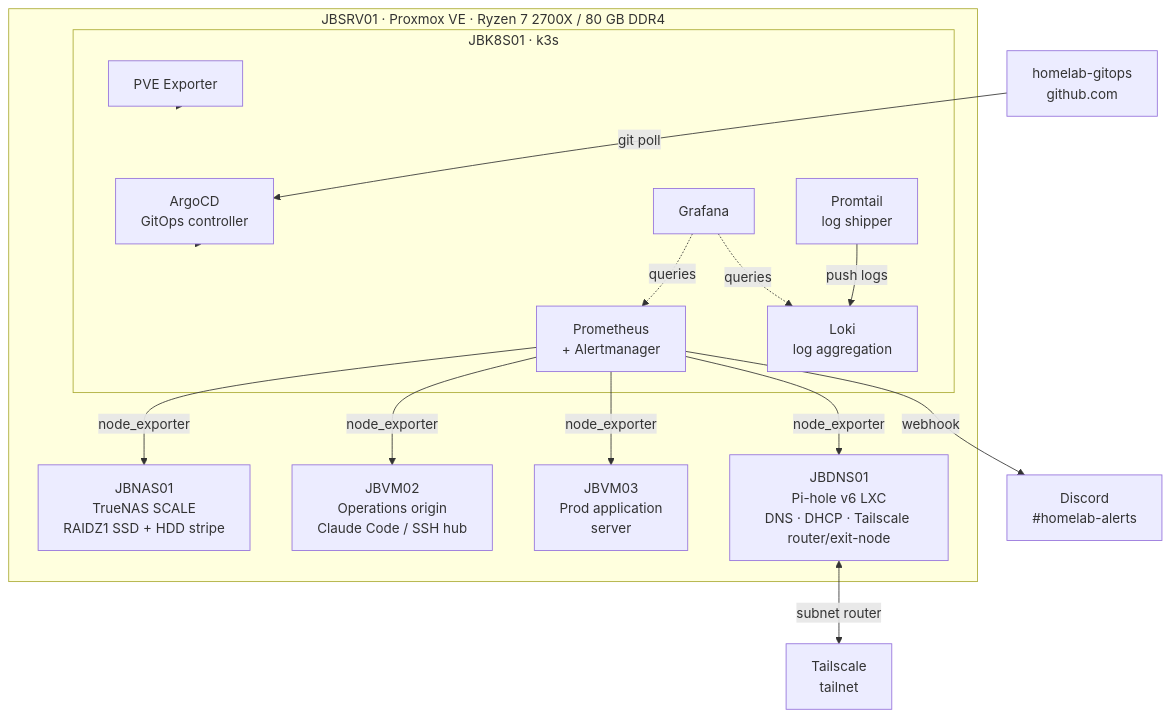
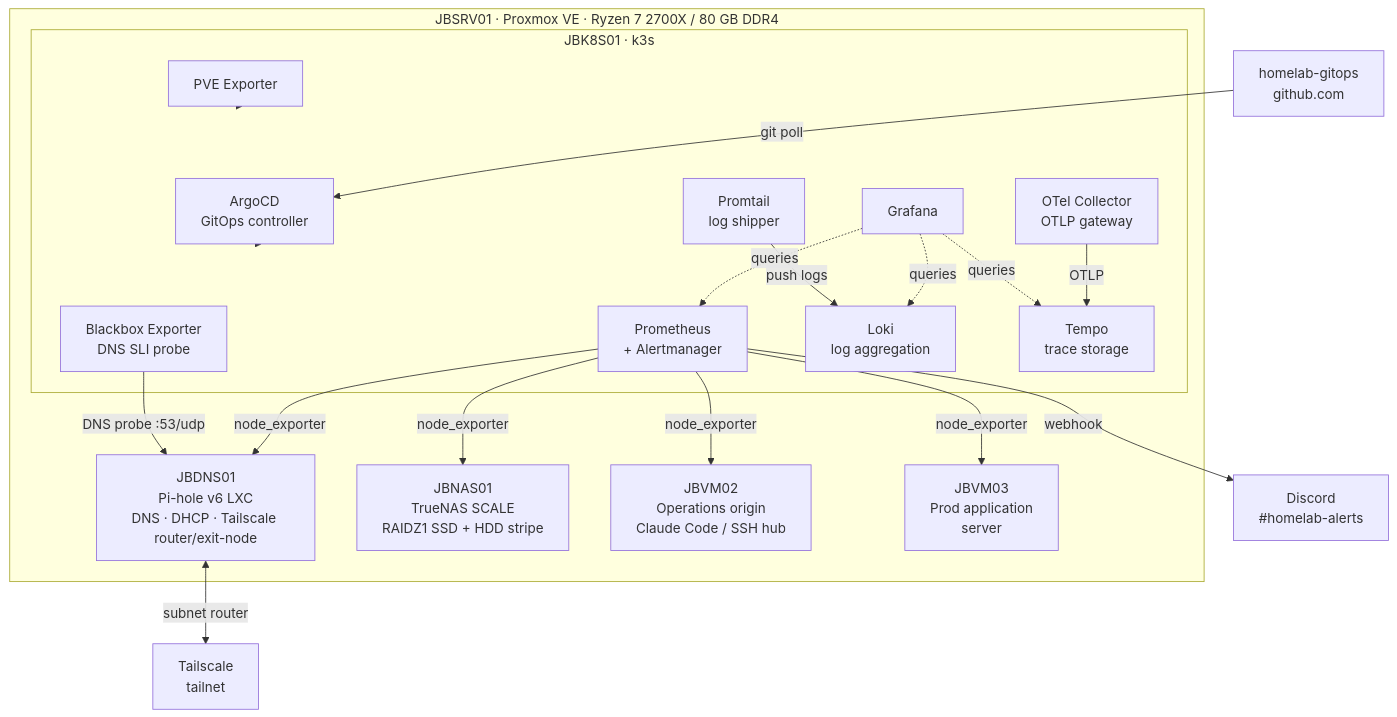
Before and after one commit to josephbannon-tech/homelab-gitops: the diagram in README.md, drawn with Mermaid. The commit also changed other lines of this file, not shown here.

First line of the commit message:
docs(readme): blackbox DNS SLI + tofu fleet completion + textfile lesson

````diff
--- a/README.md
+++ b/README.md
@@ -11,36 +11,42 @@
 ```mermaid
 graph TB
     github["homelab-gitops\ngithub.com"]
 
     subgraph host["JBSRV01 · Proxmox VE · Ryzen 7 2700X / 80 GB DDR4"]
         dns["JBDNS01\nPi-hole v6 LXC\nDNS · DHCP · Tailscale router/exit-node"]
         nas["JBNAS01\nTrueNAS SCALE\nRAIDZ1 SSD + HDD stripe"]
         vm02["JBVM02\nOperations origin\nClaude Code / SSH hub"]
         vm03["JBVM03\nProd application\nserver"]
 
         subgraph k8s["JBK8S01 · k3s"]
             argocd["ArgoCD\nGitOps controller"]
             prom["Prometheus\n+ Alertmanager"]
             grafana["Grafana"]
             pve_exp["PVE Exporter"]
+            blackbox["Blackbox Exporter\nDNS SLI probe"]
             loki["Loki\nlog aggregation"]
             promtail["Promtail\nlog shipper"]
+            tempo["Tempo\ntrace storage"]
+            otel["OTel Collector\nOTLP gateway"]
         end
     end
 
     discord["Discord\n#homelab-alerts"]
     tailscale["Tailscale\ntailnet"]
 
     github -->|"git poll"| argocd
     argocd --> k8s
     prom -->|"node_exporter"| nas
     prom -->|"node_exporter"| vm02
     prom -->|"node_exporter"| vm03
     prom -->|"node_exporter"| dns
     pve_exp --> host
+    blackbox -->|"DNS probe :53/udp"| dns
+    otel -->|"OTLP"| tempo
     grafana -.->|"queries"| prom
     grafana -.->|"queries"| loki
+    grafana -.->|"queries"| tempo
     promtail -->|"push logs"| loki
     prom -->|"webhook"| discord
     dns <-->|"subnet router"| tailscale
 ```
````
